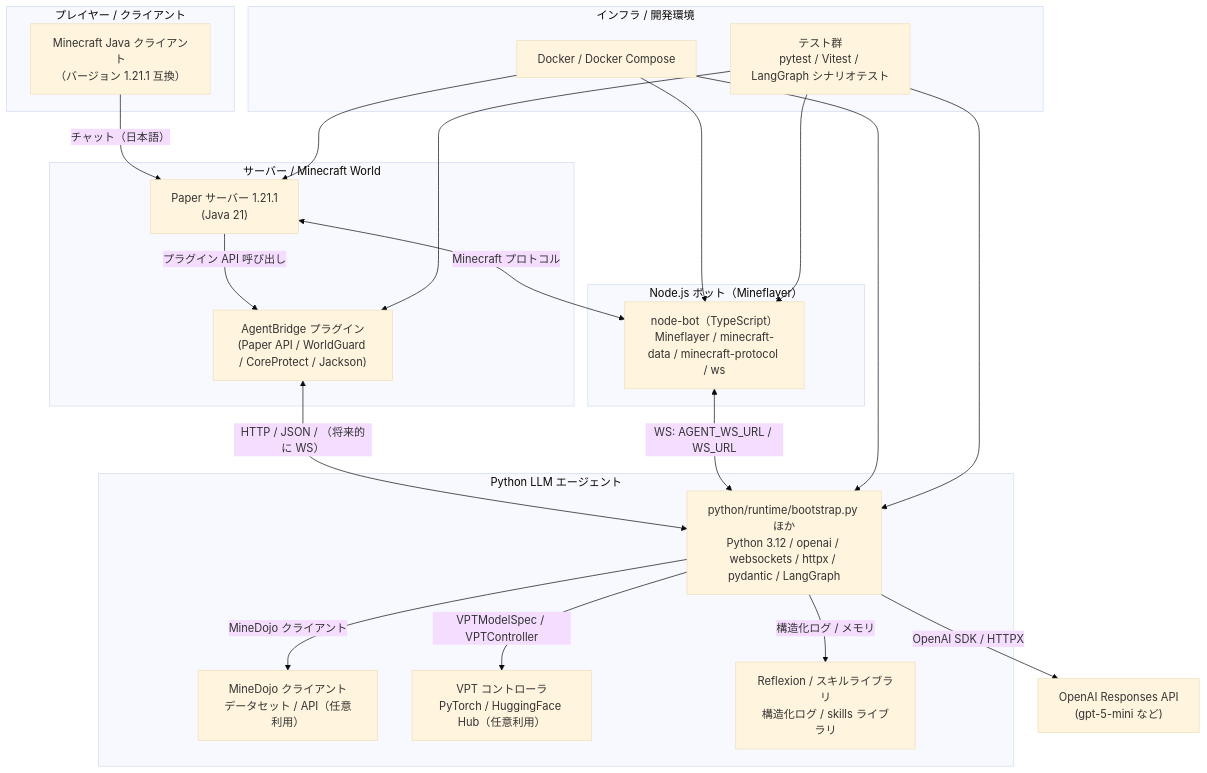
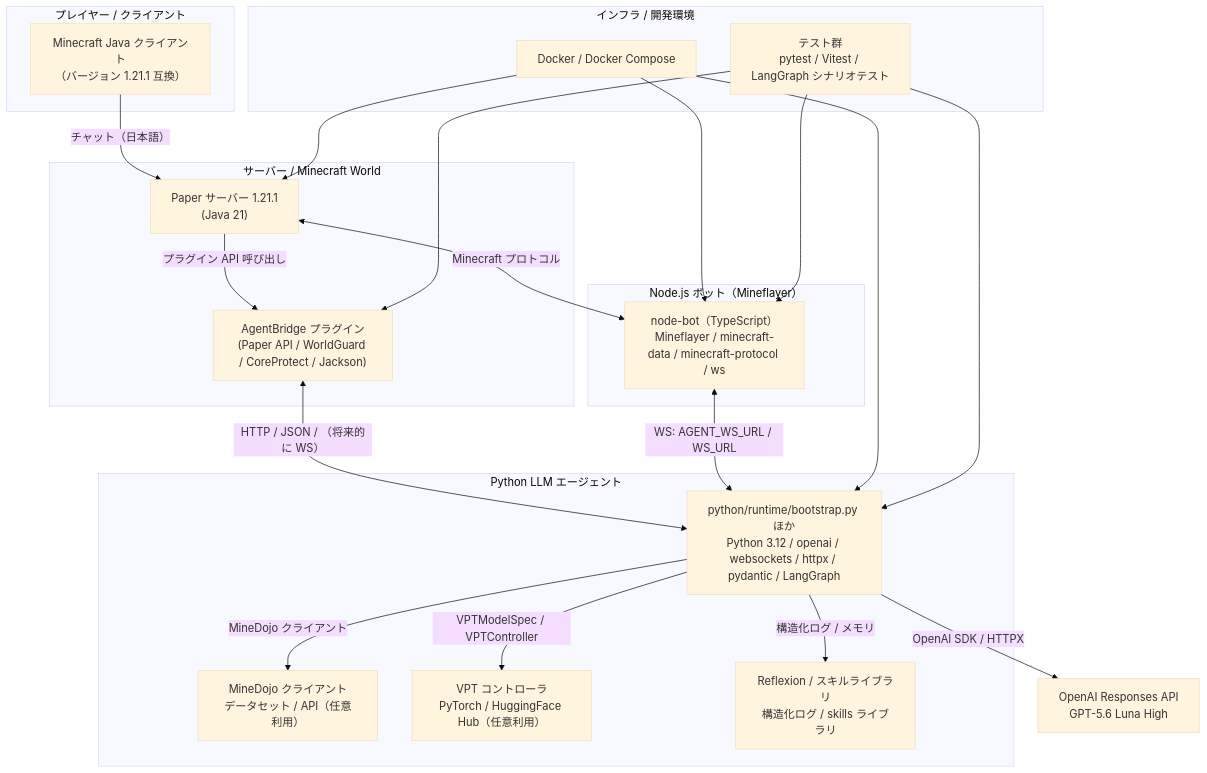
Before and after one commit to RiSEblackbird/mc-bot-egent-practice-1: the first of 2 diagrams in docs/tech_stack_diagram.md, drawn with Mermaid (base theme). The commit also changed other lines of this file and 15 other files, not shown here.

````diff
--- a/docs/tech_stack_diagram.md
+++ b/docs/tech_stack_diagram.md
@@ -22,60 +22,60 @@
 ```mermaid
 graph TD
     %% プレイヤー / クライアント層
     subgraph Client["プレイヤー / クライアント"]
         Player["Minecraft Java クライアント<br/>（バージョン 1.21.1 互換）"]
     end
 
     %% サーバー層（Minecraft World）
     subgraph Server["サーバー / Minecraft World"]
         Paper["Paper サーバー 1.21.1<br/>(Java 21)"]
         AgentBridge["AgentBridge プラグイン<br/>(Paper API / WorldGuard / CoreProtect / Jackson)"]
     end
 
     %% Node.js ボット層
     subgraph NodeLayer["Node.js ボット（Mineflayer）"]
         NodeBot["node-bot（TypeScript）<br/>Mineflayer / minecraft-data / minecraft-protocol / ws"]
     end
 
     %% Python LLM エージェント層
     subgraph PythonLayer["Python LLM エージェント"]
         PyAgent["python/runtime/bootstrap.py ほか<br/>Python 3.12 / openai / websockets / httpx / pydantic / LangGraph"]
         MineDojo["MineDojo クライアント<br/>データセット / API（任意利用）"]
         VPT["VPT コントローラ<br/>PyTorch / HuggingFace Hub（任意利用）"]
         Reflexion["Reflexion / スキルライブラリ<br/>構造化ログ / skills ライブラリ"]
     end
 
     %% インフラ・開発支援層
     subgraph Infra["インフラ / 開発環境"]
         Docker["Docker / Docker Compose"]
         Tests["テスト群<br/>pytest / Vitest / LangGraph シナリオテスト"]
     end
 
     %% 外部 LLM / API
-    OpenAI["OpenAI Responses API<br/>(gpt-5-mini など)"]
+    OpenAI["OpenAI Responses API<br/>GPT-5.6 Luna High"]
 
     %% 経路
     Player -->|"チャット（日本語）"| Paper
     Paper -->|"プラグイン API 呼び出し"| AgentBridge
 
     %% Paper とボット・エージェントとの連携
     Paper <-->|"Minecraft プロトコル"| NodeBot
     AgentBridge <-->|"HTTP / JSON / （将来的に WS）"| PyAgent
 
     %% Node と Python の WebSocket 連携
     NodeBot <-->|"WS: AGENT_WS_URL / WS_URL"| PyAgent
 
     %% LLM / 外部サービス
     PyAgent -->|"OpenAI SDK / HTTPX"| OpenAI
     PyAgent -->|"MineDojo クライアント"| MineDojo
     PyAgent -->|"VPTModelSpec / VPTController"| VPT
     PyAgent -->|"構造化ログ / メモリ"| Reflexion
 
     %% インフラから各サービスへの依存
     Docker --> NodeBot
     Docker --> PyAgent
     Docker --> Paper
     Tests --> NodeBot
     Tests --> PyAgent
     Tests --> AgentBridge
 ```
````
